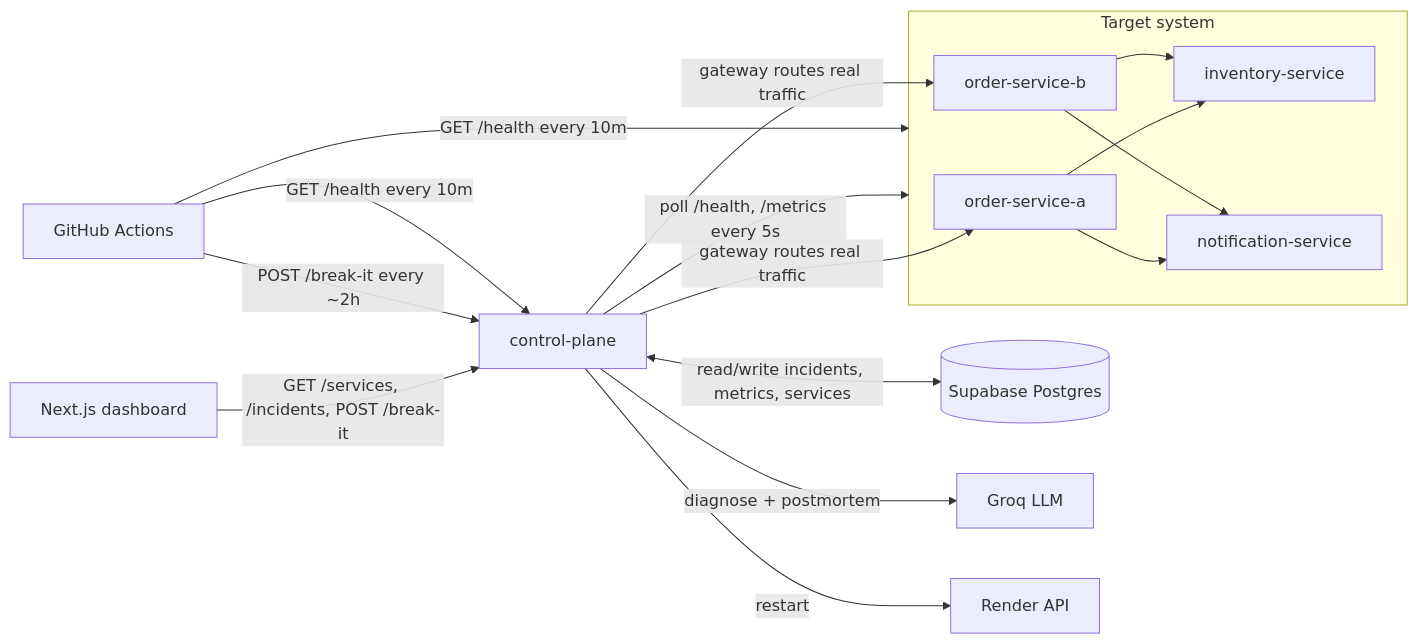
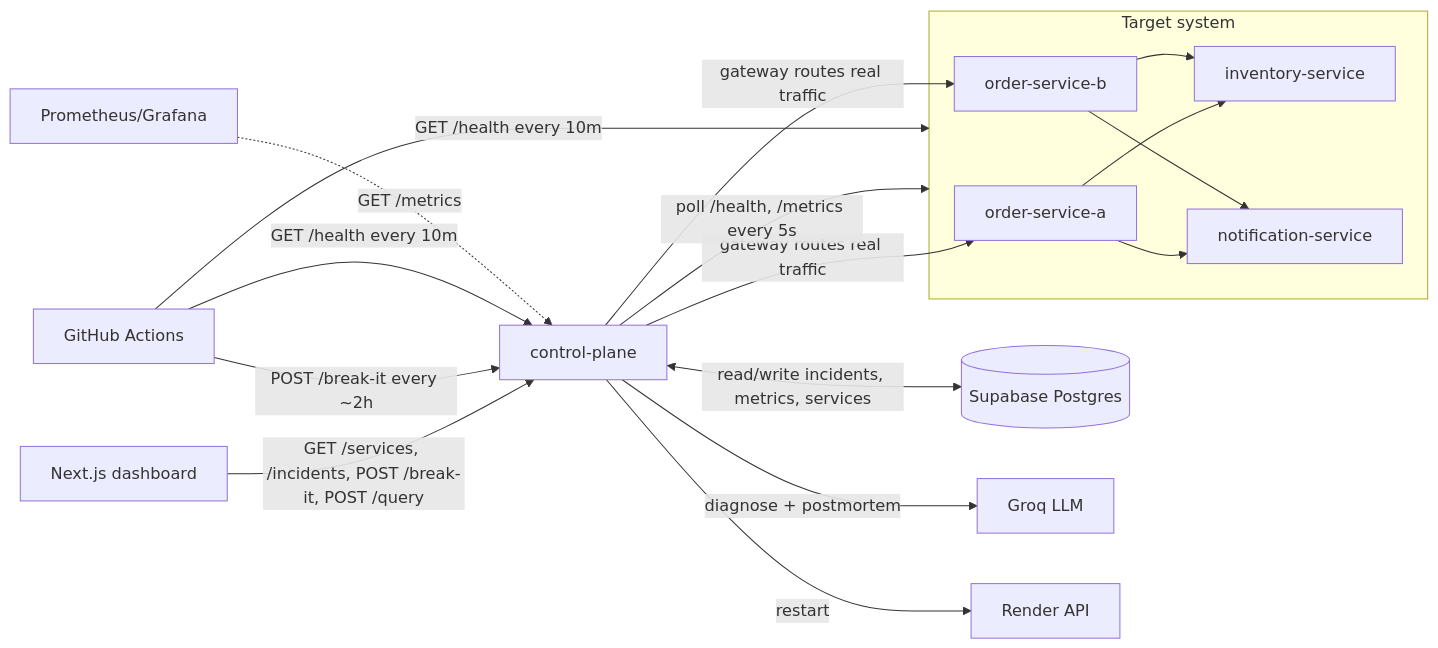
One commit to Aditya-tec/SRE-AGENT changed the first of 2 diagrams in README.md. Above: the diagram before and after it, drawn with Mermaid. The commit also changed other lines of this file and 1 other file, not shown here.

````diff
--- a/README.md
+++ b/README.md
@@ -13,24 +21,25 @@
 ```mermaid
 flowchart LR
     subgraph Target["Target system"]
         OA[order-service-a]
         OB[order-service-b]
         INV[inventory-service]
         NOTIF[notification-service]
     end
 
     CP[control-plane] -->|poll /health, /metrics every 5s| Target
     CP -->|gateway routes real traffic| OA
     CP -->|gateway routes real traffic| OB
     OA --> INV
     OA --> NOTIF
     OB --> INV
     OB --> NOTIF
     CP <-->|read/write incidents, metrics, services| DB[(Supabase Postgres)]
     CP -->|diagnose + postmortem| LLM[Groq LLM]
     CP -->|restart| Render[Render API]
-    DASH[Next.js dashboard] -->|GET /services, /incidents, POST /break-it| CP
+    DASH[Next.js dashboard] -->|GET /services, /incidents, POST /break-it, POST /query| CP
     GHA[GitHub Actions] -->|POST /break-it every ~2h| CP
     GHA -->|GET /health every 10m| Target
     GHA -->|GET /health every 10m| CP
+    PROM[Prometheus/Grafana] -.->|GET /metrics| CP
 ```
````
